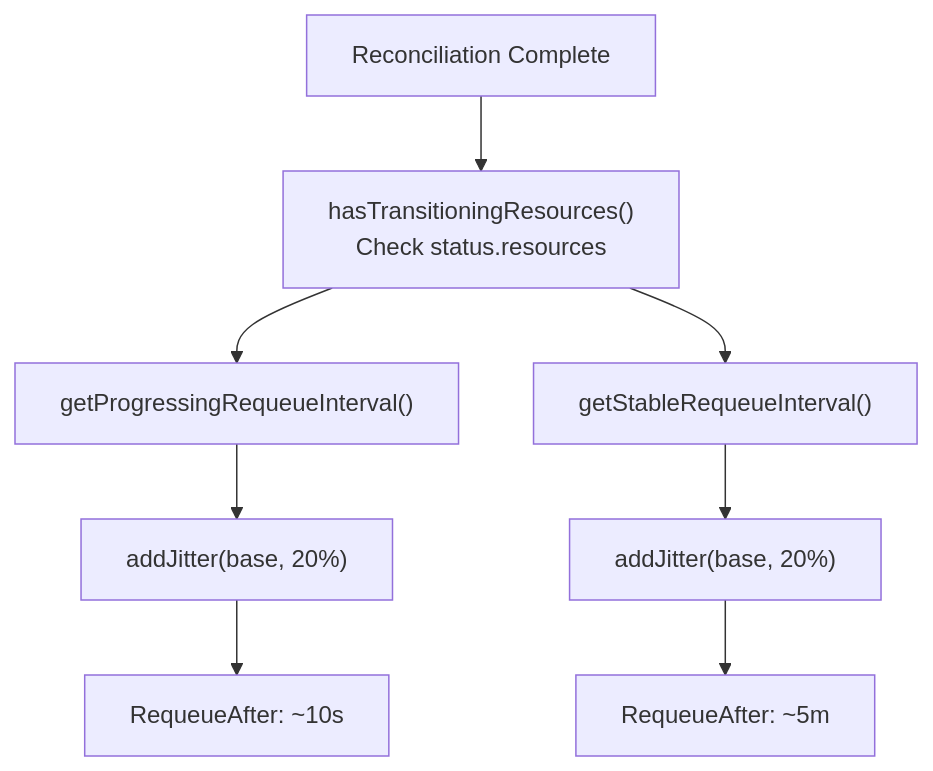
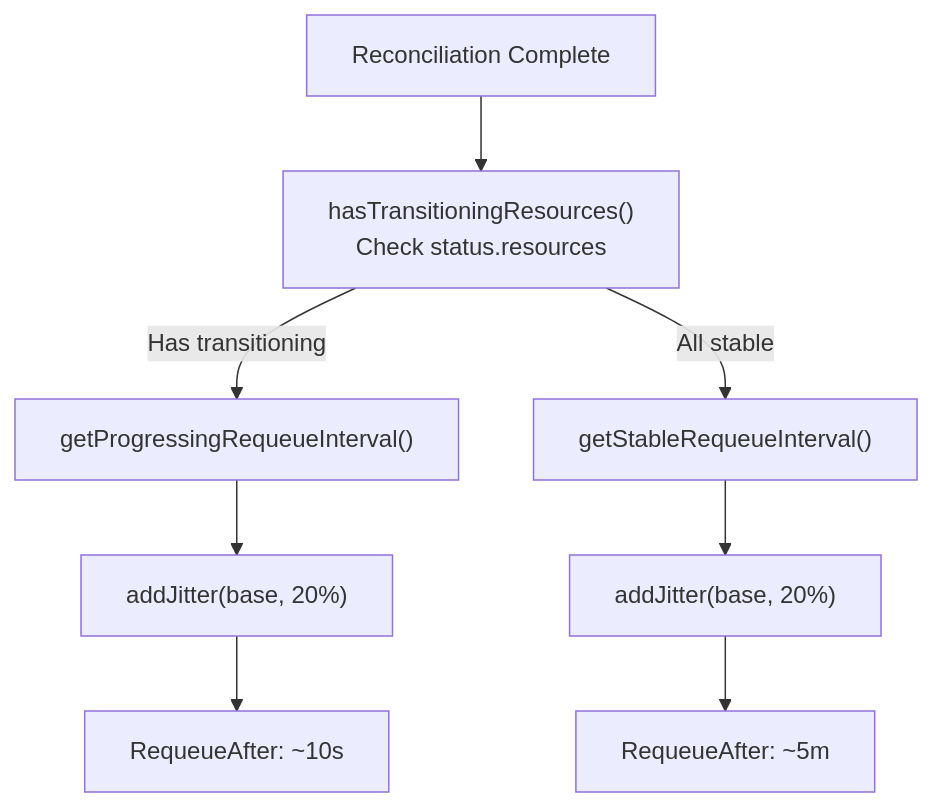
One commit to openchoreo/openchoreo changed the seventh of 10 diagrams in docs/deepwiki/Release-Controller.md. Above: the diagram before and after it, drawn with Mermaid. The commit also changed other lines of this file and 85 other files, not shown here.

Commit message:
feat: Add new workflow and specification templates, update Helm chart dependencies, and clarify documentation diagrams.

````diff
--- a/docs/deepwiki/Release-Controller.md
+++ b/docs/deepwiki/Release-Controller.md
@@ -392,20 +392,20 @@
 ```mermaid
 flowchart TD
 
 Complete["Reconciliation Complete"]
 CheckState["hasTransitioningResources()<br>Check status.resources"]
 GetProg["getProgressingRequeueInterval()"]
 GetStable["getStableRequeueInterval()"]
 AddJitter1["addJitter(base, 20%)"]
 AddJitter2["addJitter(base, 20%)"]
 Requeue1["RequeueAfter: ~10s"]
 Requeue2["RequeueAfter: ~5m"]
 
 Complete --> CheckState
-CheckState --> GetProg
-CheckState --> GetStable
+CheckState -->|"Has transitioning"| GetProg
+CheckState -->|"All stable"| GetStable
 GetProg --> AddJitter1
 GetStable --> AddJitter2
 AddJitter1 --> Requeue1
 AddJitter2 --> Requeue2
 ```
````
